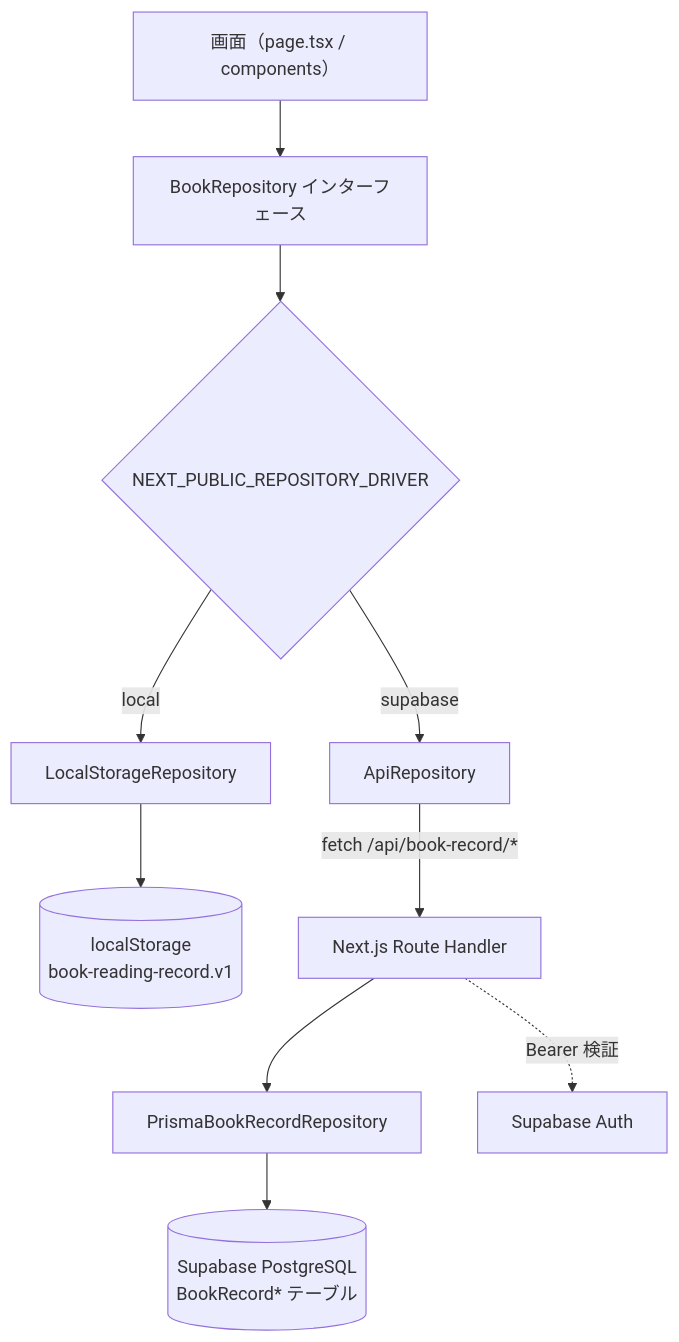
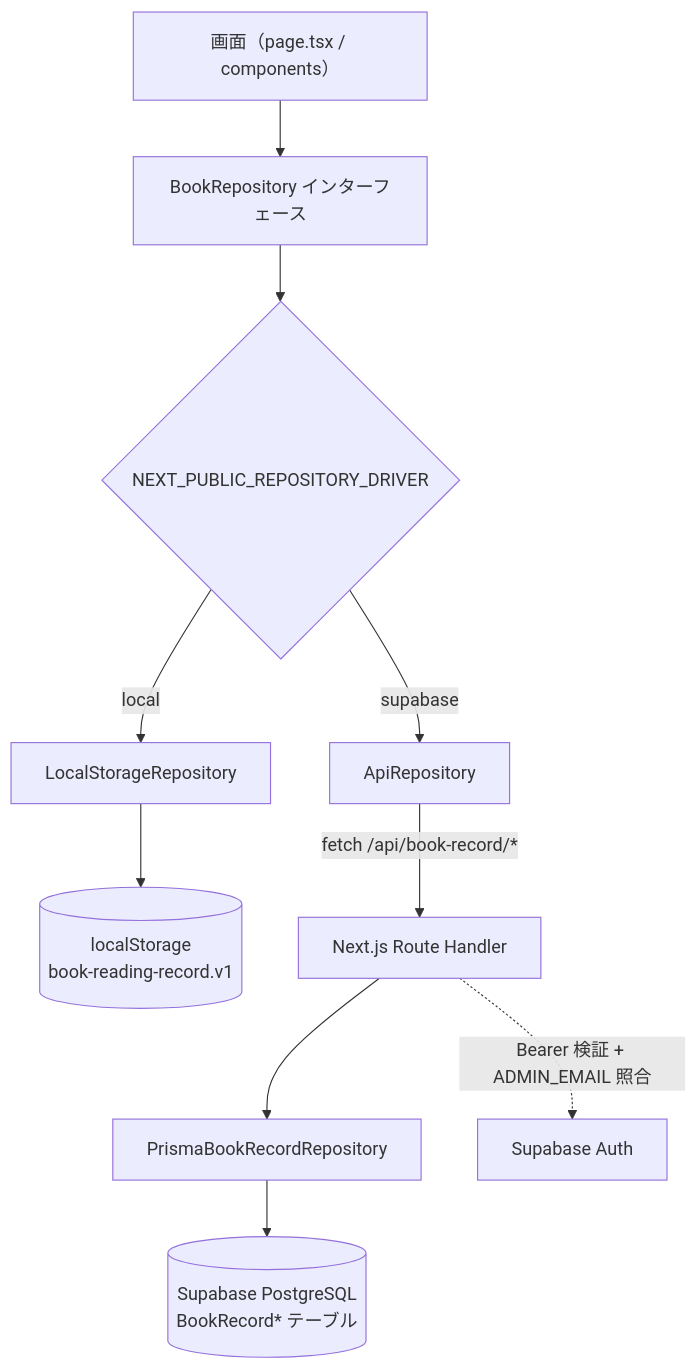
Before and after one commit to kojikawazu/book-reading-record-web-app: the diagram in README.md, drawn with Mermaid. The commit also changed 21 other files, not shown here.

First line of the commit message:
fix(security): 更新系 API を ADMIN_EMAIL の管理者のみに制限する

````diff
--- a/README.md
+++ b/README.md
@@ -84,12 +84,12 @@
 ```mermaid
 flowchart TD
     UI["画面（page.tsx / components）"] --> REPO["BookRepository インターフェース"]
     REPO --> DRV{"NEXT_PUBLIC_REPOSITORY_DRIVER"}
     DRV -->|local| LSR["LocalStorageRepository"]
     LSR --> LS[("localStorage<br/>book-reading-record.v1")]
     DRV -->|supabase| API["ApiRepository"]
     API -->|"fetch /api/book-record/*"| RH["Next.js Route Handler"]
     RH --> PRP["PrismaBookRecordRepository"]
     PRP --> DB[("Supabase PostgreSQL<br/>BookRecord* テーブル")]
-    RH -. "Bearer 検証" .-> AUTH["Supabase Auth"]
+    RH -. "Bearer 検証 + ADMIN_EMAIL 照合" .-> AUTH["Supabase Auth"]
 ```
````
